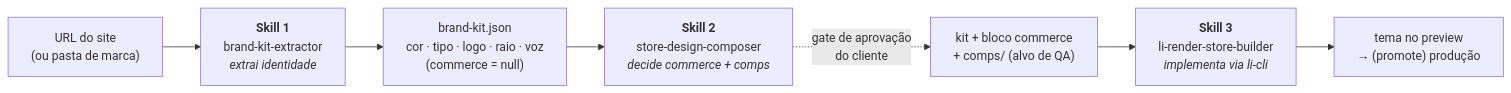
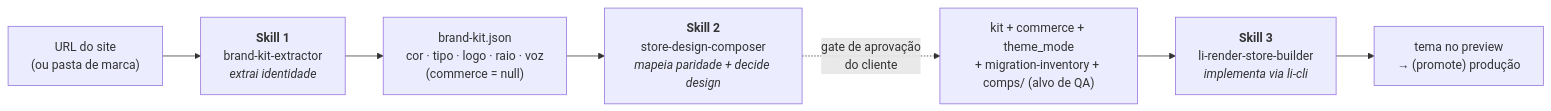
The first of 2 diagrams in README.md (lucasbacic-li/li-render-skill), drawn with Mermaid before and after one commit. The commit also changed other lines of this file and 26 other files, not shown here.

First line of the commit message:
Skill 2: inventário de paridade + modo único de tema; hardening do gate da Skill 3 (#3)

````diff
--- a/README.md
+++ b/README.md
@@ -35,9 +35,9 @@
 ```mermaid
 flowchart LR
     URL["URL do site<br/>(ou pasta de marca)"] --> S1
     S1["<b>Skill 1</b><br/>brand-kit-extractor<br/><i>extrai identidade</i>"] --> BK["brand-kit.json<br/>cor · tipo · logo · raio · voz<br/>(commerce = null)"]
-    BK --> S2["<b>Skill 2</b><br/>store-design-composer<br/><i>decide commerce + comps</i>"]
-    S2 -. "gate de aprovação<br/>do cliente" .-> KIT["kit + bloco commerce<br/>+ comps/ (alvo de QA)"]
+    BK --> S2["<b>Skill 2</b><br/>store-design-composer<br/><i>mapeia paridade + decide design</i>"]
+    S2 -. "gate de aprovação<br/>do cliente" .-> KIT["kit + commerce + theme_mode<br/>+ migration-inventory + comps/ (alvo de QA)"]
     KIT --> S3["<b>Skill 3</b><br/>li-render-store-builder<br/><i>implementa via li-cli</i>"]
     S3 --> THEME["tema no preview<br/>→ (promote) produção"]
 ```
````
